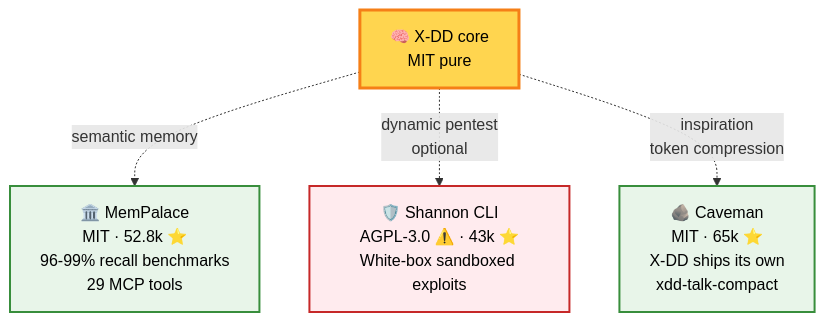
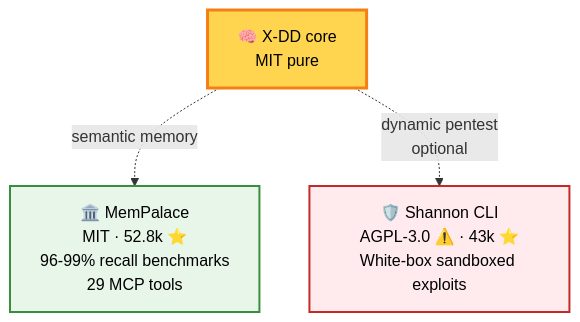
One commit to Cucholambr3ta/x-dd changed the tenth of 10 diagrams in README.en.md. Above: the diagram before and after it, drawn with Mermaid. The commit also changed 5 other files, not shown here.

First line of the commit message:
docs: quitar Caveman como integración externa; X-DD usa xdd-talk-compact propio

````diff
--- a/README.en.md
+++ b/README.en.md
@@ -436,15 +436,14 @@
 ```mermaid
 flowchart TB
     XDD["🧠 X-DD core<br/>MIT pure"]
 
     XDD -.->|"semantic memory"| MP["🏛️ MemPalace<br/>MIT · 52.8k ⭐<br/>96-99% recall benchmarks<br/>29 MCP tools"]
     XDD -.->|"dynamic pentest<br/>optional"| SH["🛡️ Shannon CLI<br/>AGPL-3.0 ⚠️ · 43k ⭐<br/>White-box sandboxed exploits"]
-    XDD -.->|"inspiration<br/>token compression"| CV["🪨 Caveman<br/>MIT · 65k ⭐<br/>X-DD ships its own<br/>xdd-talk-compact"]
 
     classDef core fill:#ffd54f,stroke:#f57f17,color:#000,stroke-width:3px
     classDef ext fill:#e8f5e9,stroke:#388e3c,color:#000,stroke-width:2px
     classDef warn fill:#ffebee,stroke:#c62828,color:#000,stroke-width:2px
     class XDD core
-    class MP,CV ext
+    class MP ext
     class SH warn
 ```
````
